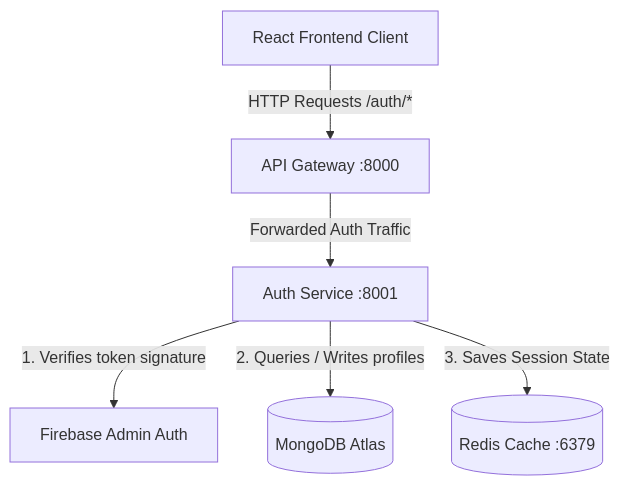
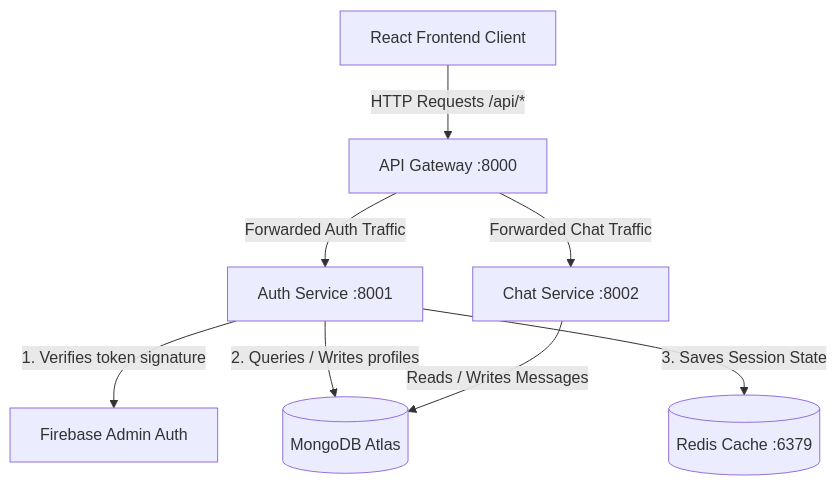
The first of 2 diagrams in README.md (RajChaudhary7706/MultiAgentX), drawn with Mermaid before and after one commit. The commit also changed other lines of this file, not shown here.

````diff
--- a/README.md
+++ b/README.md
@@ -109,8 +109,10 @@
 ```mermaid
 graph TD
-    Client[React Frontend Client] -->|HTTP Requests /auth/*| Gateway[API Gateway :8000]
+    Client[React Frontend Client] -->|HTTP Requests /api/*| Gateway[API Gateway :8000]
     Gateway -->|Forwarded Auth Traffic| AuthService[Auth Service :8001]
+    Gateway -->|Forwarded Chat Traffic| ChatService[Chat Service :8002]
     AuthService -->|1. Verifies token signature| Firebase[Firebase Admin Auth]
     AuthService -->|2. Queries / Writes profiles| MongoDB[(MongoDB Atlas)]
     AuthService -->|3. Saves Session State| Redis[(Redis Cache :6379)]
+    ChatService -->|Reads / Writes Messages| MongoDB
 ```
````
